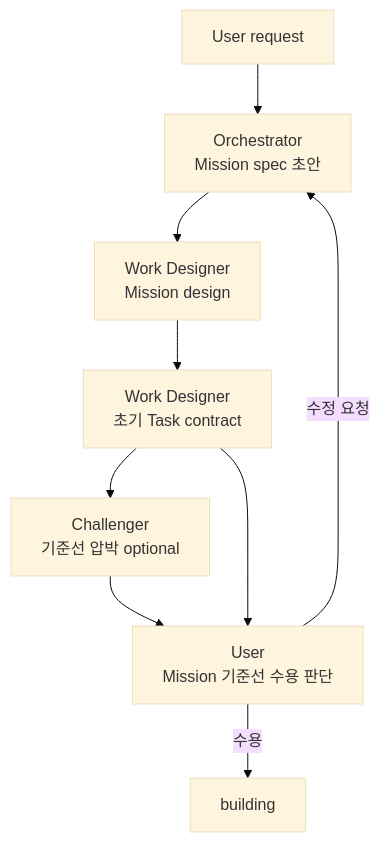
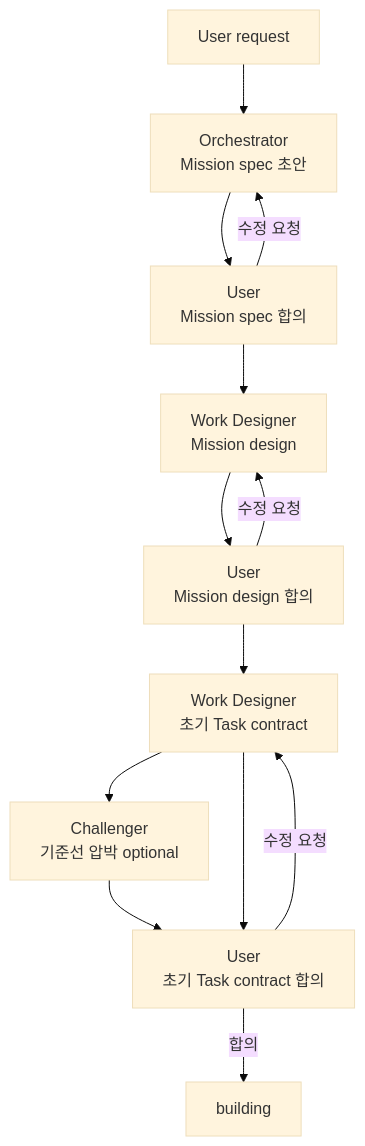
One commit to choam2426/geas changed the second of 4 diagrams in docs/operating/mission.md. Above: the diagram before and after it, drawn with Mermaid (base theme). The commit also changed other lines of this file and 11 other files, not shown here.

````diff
--- a/docs/operating/mission.md
+++ b/docs/operating/mission.md
@@ -93,16 +93,20 @@
 ```mermaid
 flowchart TD
   R["User request"]
   O["Orchestrator<br/>Mission spec 초안"]
+  U1["User<br/>Mission spec 합의"]
   D["Work Designer<br/>Mission design"]
+  U2["User<br/>Mission design 합의"]
   T["Work Designer<br/>초기 Task contract"]
   H["Challenger<br/>기준선 압박 optional"]
-  U["User<br/>Mission 기준선 수용 판단"]
+  U3["User<br/>초기 Task contract 합의"]
   B["building"]
 
-  R --> O --> D --> T
-  T --> H --> U
-  T --> U
-  U -->|"수용"| B
-  U -->|"수정 요청"| O
+  R --> O --> U1 --> D --> U2 --> T
+  T --> H --> U3
+  T --> U3
+  U1 -->|"수정 요청"| O
+  U2 -->|"수정 요청"| D
+  U3 -->|"수정 요청"| T
+  U3 -->|"합의"| B
 ```
````
